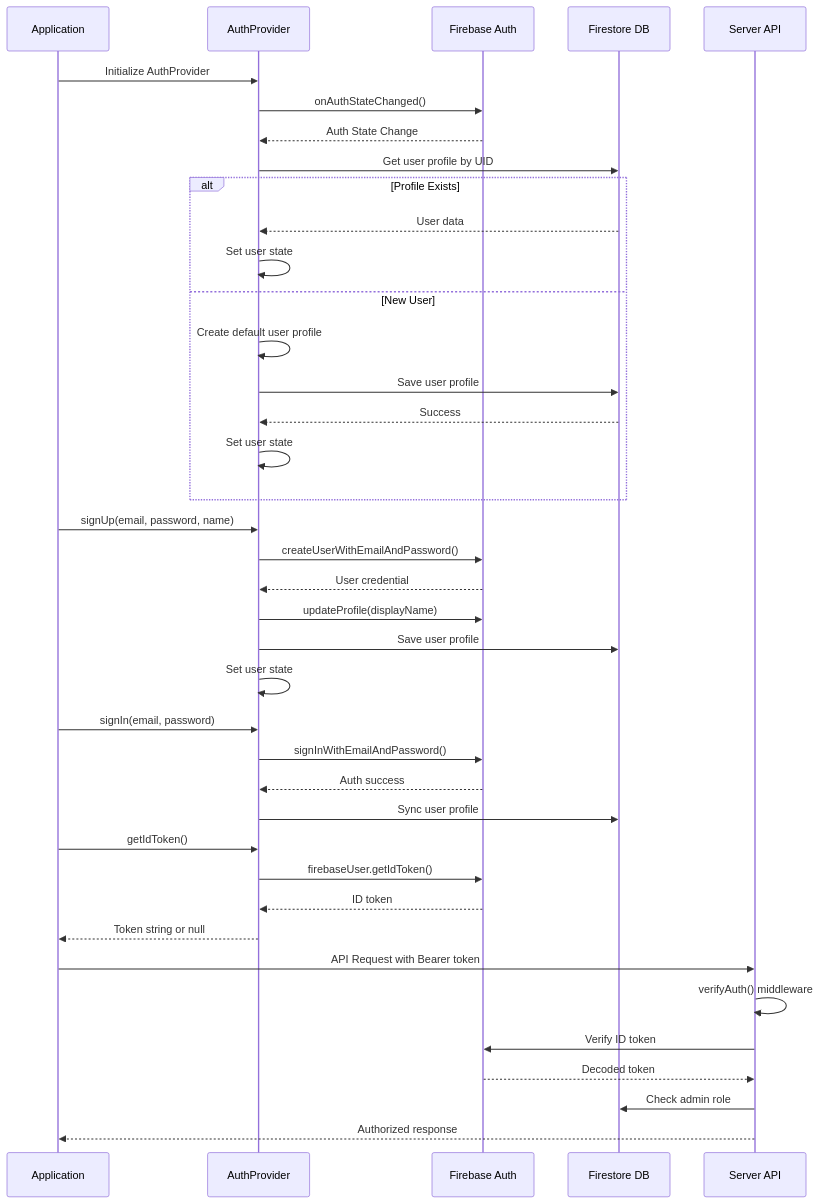
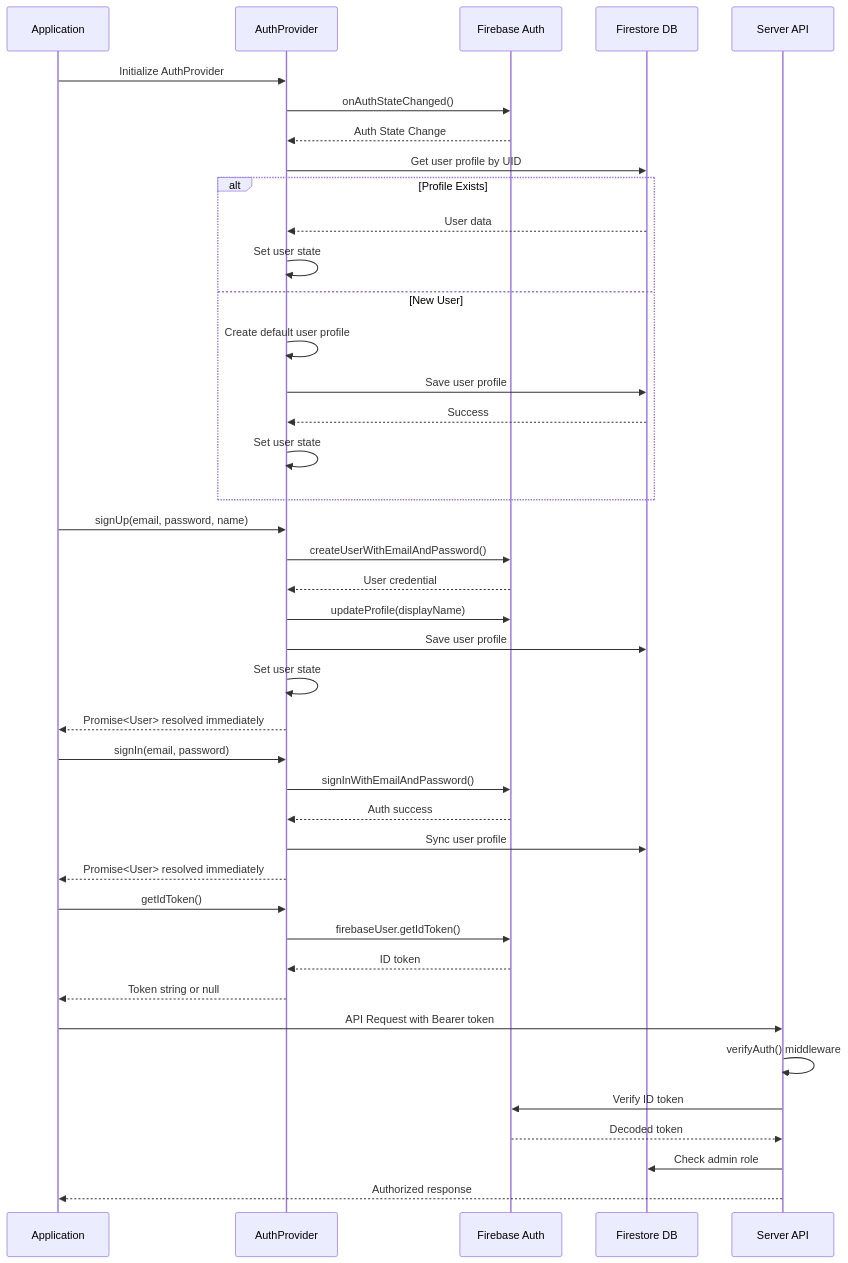
One commit to alikizang/datafrica changed the second of 6 diagrams in .qoder/repowiki/en/content/Authentication System/Custom Auth Hook Implementation.md. Above: the diagram before and after it, drawn with Mermaid. The commit also changed other lines of this file and 21 other files, not shown here.

````diff
--- a/.qoder/repowiki/en/content/Authentication System/Custom Auth Hook Implementation.md
+++ b/.qoder/repowiki/en/content/Authentication System/Custom Auth Hook Implementation.md
@@ -108,41 +119,43 @@
 ```mermaid
 sequenceDiagram
 participant App as Application
 participant Provider as AuthProvider
 participant Firebase as Firebase Auth
 participant Firestore as Firestore DB
 participant Server as Server API
 App->>Provider : Initialize AuthProvider
 Provider->>Firebase : onAuthStateChanged()
 Firebase-->>Provider : Auth State Change
 Provider->>Firestore : Get user profile by UID
 alt Profile Exists
 Firestore-->>Provider : User data
 Provider->>Provider : Set user state
 else New User
 Provider->>Provider : Create default user profile
 Provider->>Firestore : Save user profile
 Firestore-->>Provider : Success
 Provider->>Provider : Set user state
 end
 App->>Provider : signUp(email, password, name)
 Provider->>Firebase : createUserWithEmailAndPassword()
 Firebase-->>Provider : User credential
 Provider->>Firebase : updateProfile(displayName)
 Provider->>Firestore : Save user profile
 Provider->>Provider : Set user state
+Provider-->>App : Promise<User> resolved immediately
 App->>Provider : signIn(email, password)
 Provider->>Firebase : signInWithEmailAndPassword()
 Firebase-->>Provider : Auth success
 Provider->>Firestore : Sync user profile
+Provider-->>App : Promise<User> resolved immediately
 App->>Provider : getIdToken()
 Provider->>Firebase : firebaseUser.getIdToken()
 Firebase-->>Provider : ID token
 Provider-->>App : Token string or null
 App->>Server : API Request with Bearer token
 Server->>Server : verifyAuth() middleware
 Server->>Firebase : Verify ID token
 Firebase-->>Server : Decoded token
 Server->>Firestore : Check admin role
 Server-->>App : Authorized response
 ```
````
